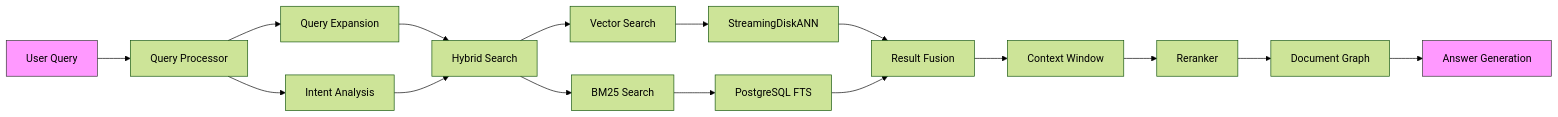
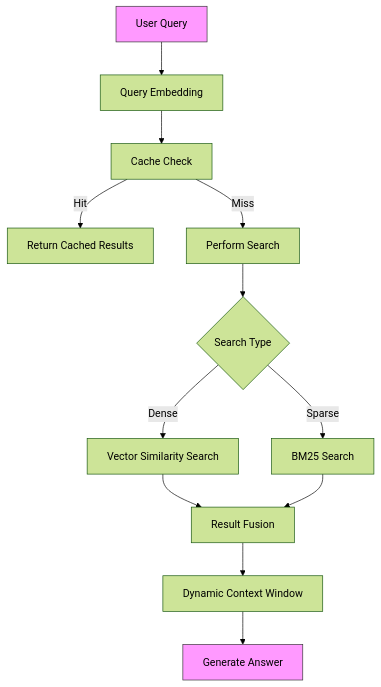
One commit to terilios/file-upload-embeddings changed the second of 2 diagrams in README.md. Above: the diagram before and after it, drawn with Mermaid (forest theme). The commit also changed other lines of this file, not shown here.

````diff
--- a/README.md
+++ b/README.md
@@ -45,27 +46,20 @@
 ```mermaid
-graph LR
-    A[User Query] --> B[Query Processor]
-    B --> C[Query Expansion]
-    B --> D[Intent Analysis]
-    
-    C --> E[Hybrid Search]
-    D --> E
-    
-    E --> F[Vector Search]
-    E --> G[BM25 Search]
-    
-    F --> H[StreamingDiskANN]
-    G --> I[PostgreSQL FTS]
-    
-    H --> J[Result Fusion]
-    I --> J
-    
-    J --> K[Context Window]
-    K --> L[Reranker]
-    
-    L --> M[Document Graph]
-    M --> N[Answer Generation]
-    
+graph TD
+    A[User Query] --> B[Query Embedding]
+    B --> C[Cache Check]
+    C -->|Hit| D[Return Cached Results]
+    C -->|Miss| E[Perform Search]
+
+    E --> F{Search Type}
+    F -->|Dense| G[Vector Similarity Search]
+    F -->|Sparse| H[BM25 Search]
+
+    G --> I[Result Fusion]
+    H --> I
+
+    I --> J[Dynamic Context Window]
+    J --> K[Generate Answer]
+
     style A fill:#f9f,stroke:#333
-    style N fill:#f9f,stroke:#333
+    style K fill:#f9f,stroke:#333
 ```
````
